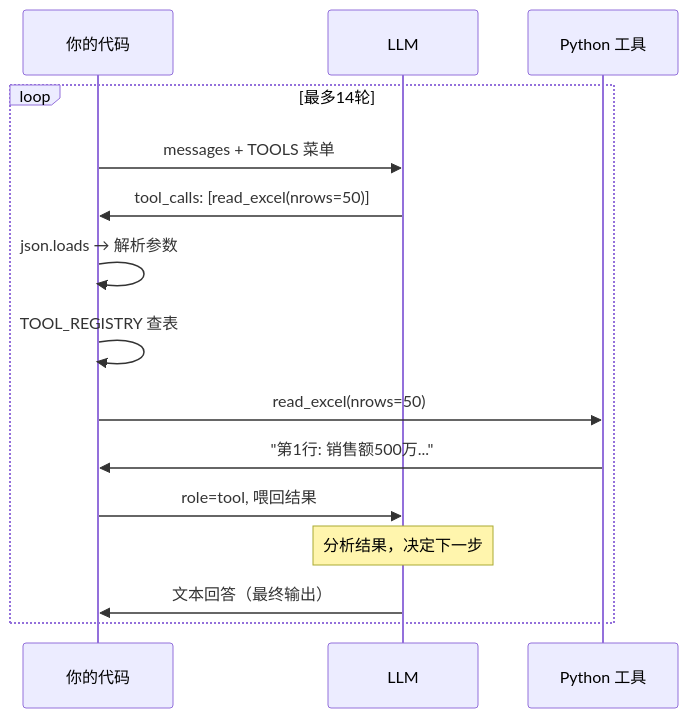
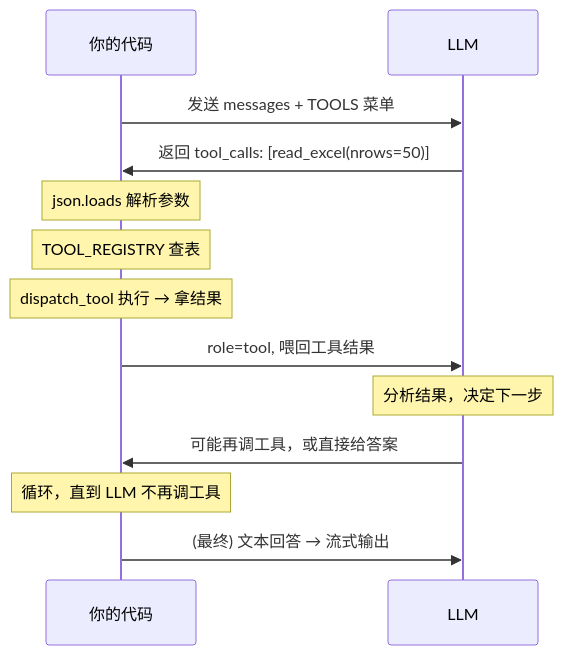
The second of 2 diagrams in README.md (LijingJim/J-AEIS), drawn with Mermaid before and after one commit.

Commit message:
docs: 时序图减为2个participant，竖长比例

````diff
--- a/README.md
+++ b/README.md
@@ -83,18 +83,16 @@
 ```mermaid
 sequenceDiagram
     participant Code as 你的代码
     participant LLM as LLM
-    participant Tools as Python 工具
 
-    loop 最多14轮
-        Code->>LLM: messages + TOOLS 菜单
-        LLM->>Code: tool_calls: [read_excel(nrows=50)]
-        Code->>Code: json.loads → 解析参数
-        Code->>Code: TOOL_REGISTRY 查表
-        Code->>Tools: read_excel(nrows=50)
-        Tools->>Code: "第1行: 销售额500万..."
-        Code->>LLM: role=tool, 喂回结果
-        Note over LLM: 分析结果，决定下一步
-        LLM->>Code: 文本回答（最终输出）
-    end
+    Code->>LLM: 发送 messages + TOOLS 菜单
+    LLM->>Code: 返回 tool_calls: [read_excel(nrows=50)]
+    Note over Code: json.loads 解析参数
+    Note over Code: TOOL_REGISTRY 查表
+    Note over Code: dispatch_tool 执行 → 拿结果
+    Code->>LLM: role=tool, 喂回工具结果
+    Note over LLM: 分析结果，决定下一步
+    LLM->>Code: 可能再调工具，或直接给答案
+    Note over Code: 循环，直到 LLM 不再调工具
+    Code->>LLM: (最终) 文本回答 → 流式输出
 ```
````
